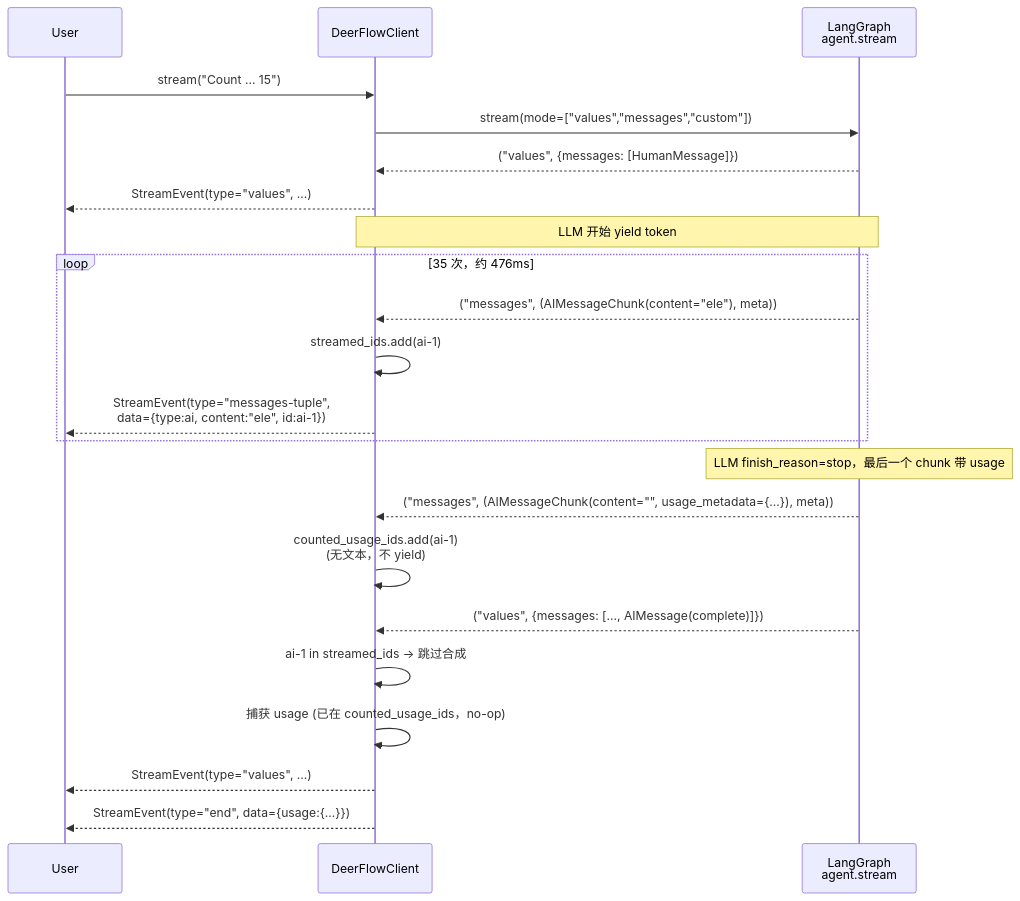
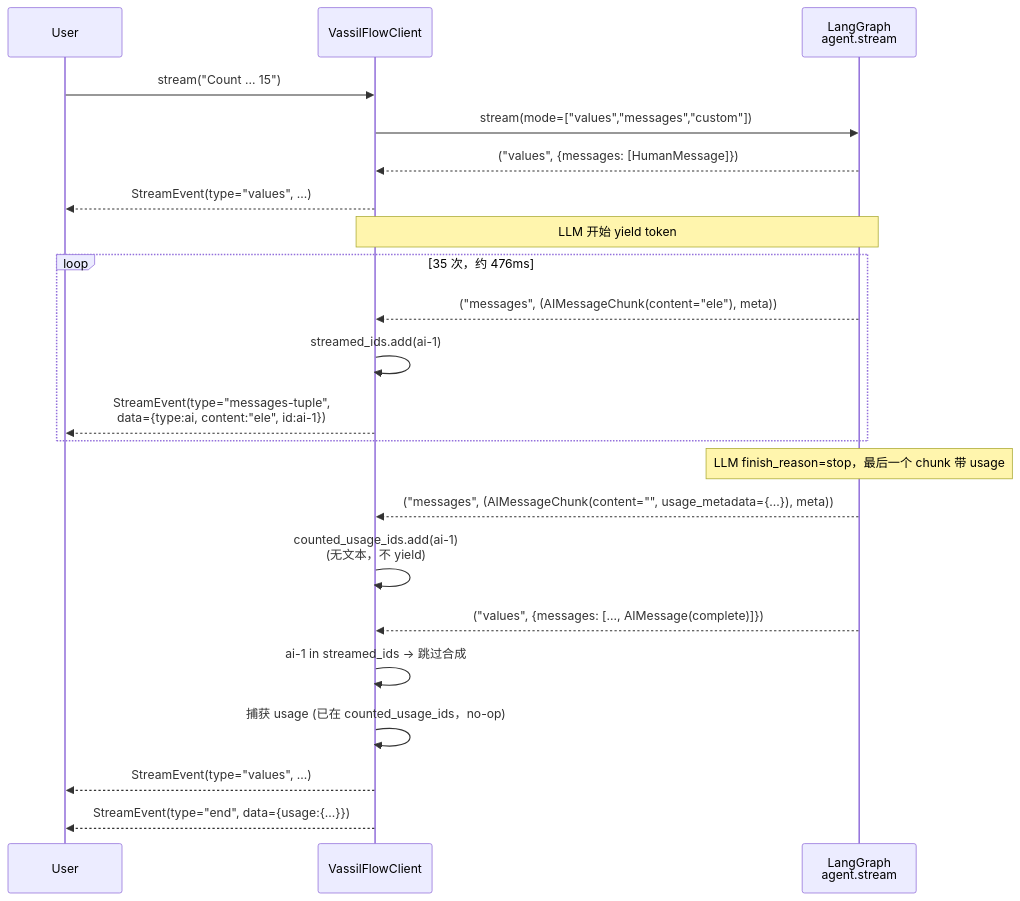
The fifth of 5 diagrams in backend/docs/STREAMING.md (0xharryriddle/VassilFlow), drawn with Mermaid before and after one commit. The commit also changed other lines of this file and 1 other file, not shown here.

Commit message:
docs: use VassilFlow client naming in streaming guide

````diff
--- a/backend/docs/STREAMING.md
+++ b/backend/docs/STREAMING.md
@@ -252,30 +252,30 @@
 ```mermaid
 sequenceDiagram
     participant U as User
-    participant C as DeerFlowClient
+    participant C as VassilFlowClient
     participant A as LangGraph<br/>agent.stream
 
     U->>C: stream("Count ... 15")
     C->>A: stream(mode=["values","messages","custom"])
 
     A-->>C: ("values", {messages: [HumanMessage]})
     C-->>U: StreamEvent(type="values", ...)
 
     Note over A,C: LLM 开始 yield token
     loop 35 次，约 476ms
         A-->>C: ("messages", (AIMessageChunk(content="ele"), meta))
         C->>C: streamed_ids.add(ai-1)
         C-->>U: StreamEvent(type="messages-tuple",<br/>data={type:ai, content:"ele", id:ai-1})
     end
 
     Note over A: LLM finish_reason=stop，最后一个 chunk 带 usage
     A-->>C: ("messages", (AIMessageChunk(content="", usage_metadata={...}), meta))
     C->>C: counted_usage_ids.add(ai-1)<br/>(无文本，不 yield)
 
     A-->>C: ("values", {messages: [..., AIMessage(complete)]})
     C->>C: ai-1 in streamed_ids → 跳过合成
     C->>C: 捕获 usage (已在 counted_usage_ids，no-op)
     C-->>U: StreamEvent(type="values", ...)
 
     C-->>U: StreamEvent(type="end", data={usage:{...}})
 ```
````
